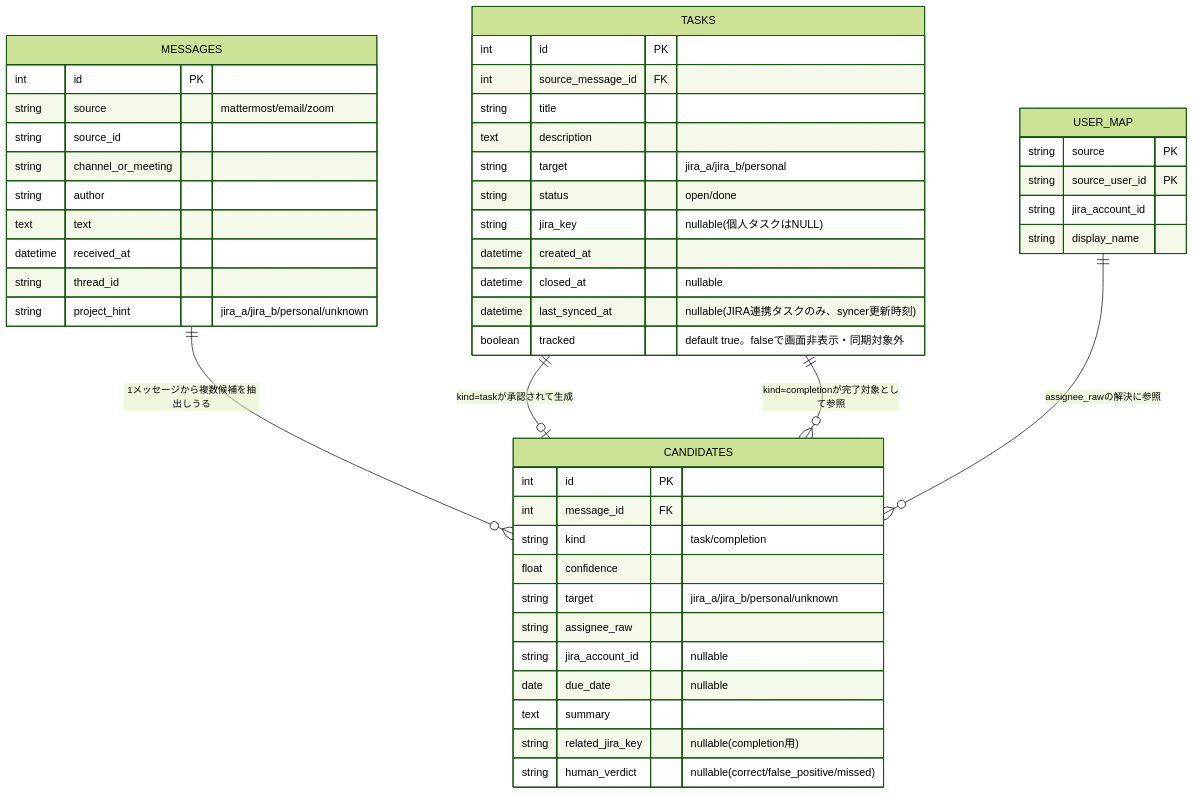
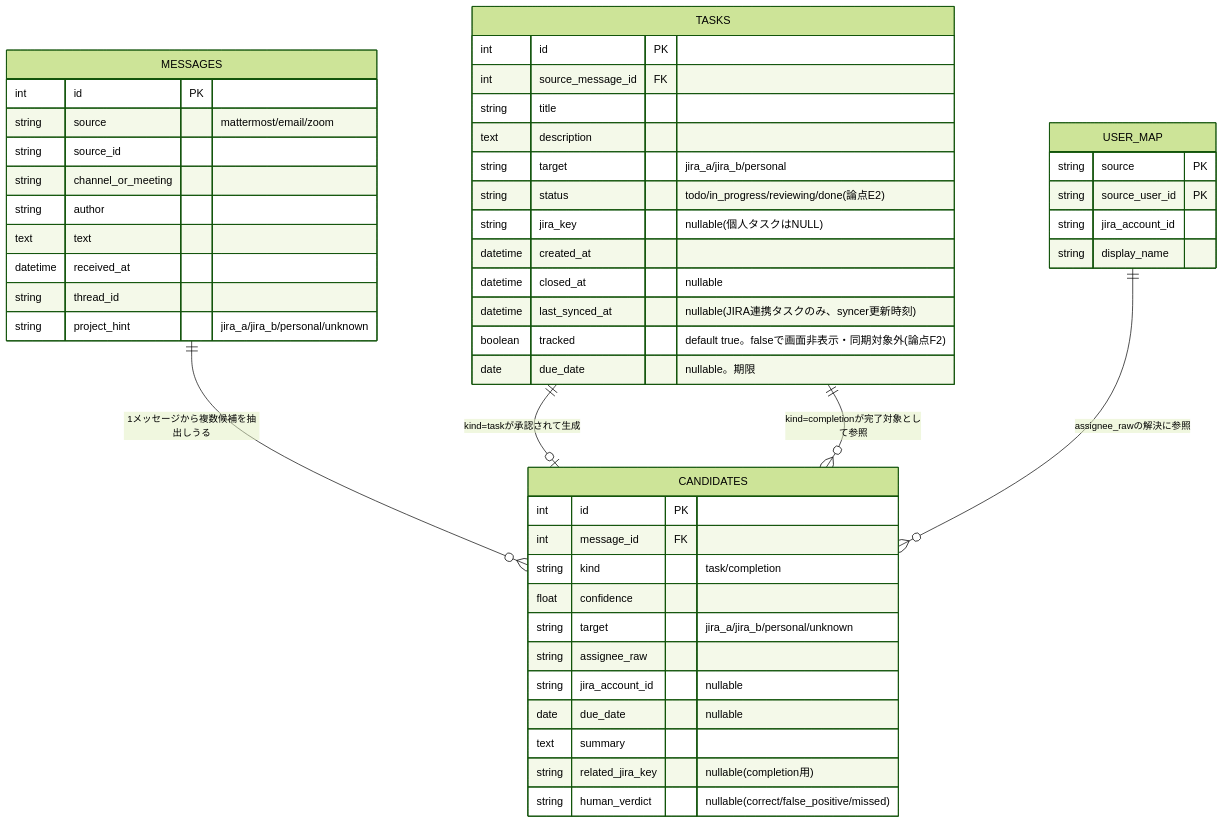
One commit to s-ono-123456/taskmanager changed the second of 3 diagrams in docs/adr/proposals/task-management-automation.md. Above: the diagram before and after it, drawn with Mermaid (forest theme). The commit also changed other lines of this file and 1 other file, not shown here.

````diff
--- a/docs/adr/proposals/task-management-automation.md
+++ b/docs/adr/proposals/task-management-automation.md
@@ -123,54 +152,55 @@
 ```mermaid
 erDiagram
     MESSAGES ||--o{ CANDIDATES : "1メッセージから複数候補を抽出しうる"
     TASKS ||--o| CANDIDATES : "kind=taskが承認されて生成"
     TASKS ||--o{ CANDIDATES : "kind=completionが完了対象として参照"
     USER_MAP ||--o{ CANDIDATES : "assignee_rawの解決に参照"
 
     MESSAGES {
         int id PK
         string source "mattermost/email/zoom"
         string source_id
         string channel_or_meeting
         string author
         text text
         datetime received_at
         string thread_id
         string project_hint "jira_a/jira_b/personal/unknown"
     }
 
     CANDIDATES {
         int id PK
         int message_id FK
         string kind "task/completion"
         float confidence
         string target "jira_a/jira_b/personal/unknown"
         string assignee_raw
         string jira_account_id "nullable"
         date due_date "nullable"
         text summary
         string related_jira_key "nullable(completion用)"
         string human_verdict "nullable(correct/false_positive/missed)"
     }
 
     TASKS {
         int id PK
         int source_message_id FK
         string title
         text description
         string target "jira_a/jira_b/personal"
-        string status "open/done"
+        string status "todo/in_progress/reviewing/done(論点E2)"
         string jira_key "nullable(個人タスクはNULL)"
         datetime created_at
         datetime closed_at "nullable"
         datetime last_synced_at "nullable(JIRA連携タスクのみ、syncer更新時刻)"
-        boolean tracked "default true。falseで画面非表示・同期対象外"
+        boolean tracked "default true。falseで画面非表示・同期対象外(論点F2)"
+        date due_date "nullable。期限"
     }
 
     USER_MAP {
         string source PK
         string source_user_id PK
         string jira_account_id
         string display_name
     }
 ```
````
